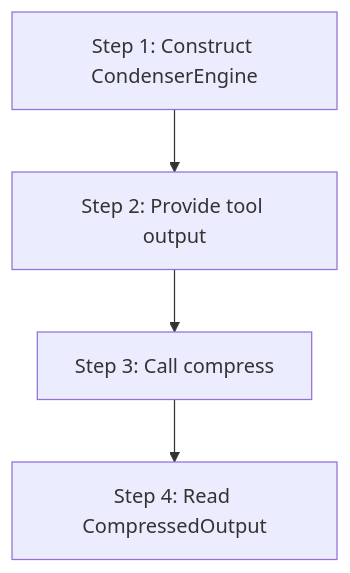
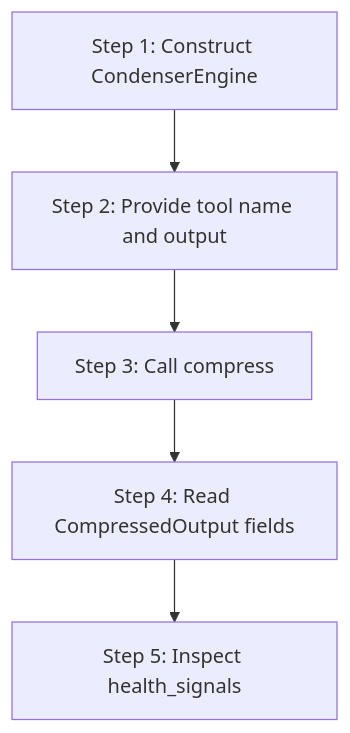
Before and after one commit to mdz-axo/zed-kask: the diagram in kask/docs/diataxis/hkask-condenser/tutorial.md, drawn with Mermaid. The commit also changed other lines of this file and 41 other files, not shown here.

````diff
--- a/kask/docs/diataxis/hkask-condenser/tutorial.md
+++ b/kask/docs/diataxis/hkask-condenser/tutorial.md
@@ -20,6 +21,7 @@
 ```mermaid
 flowchart TD
-    A[Step 1: Construct CondenserEngine] --> B[Step 2: Provide tool output]
+    A[Step 1: Construct CondenserEngine] --> B[Step 2: Provide tool name and output]
     B --> C[Step 3: Call compress]
-    C --> D[Step 4: Read CompressedOutput]
+    C --> D[Step 4: Read CompressedOutput fields]
+    D --> E[Step 5: Inspect health_signals]
 ```
````
